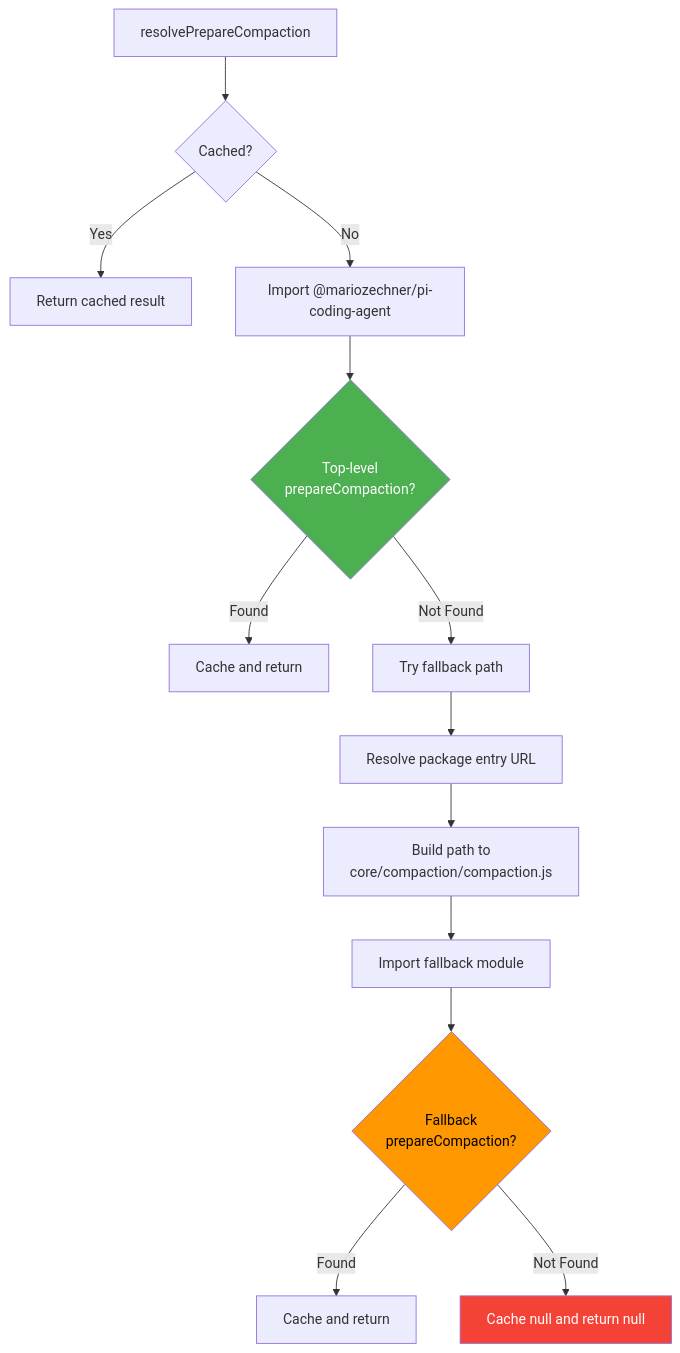
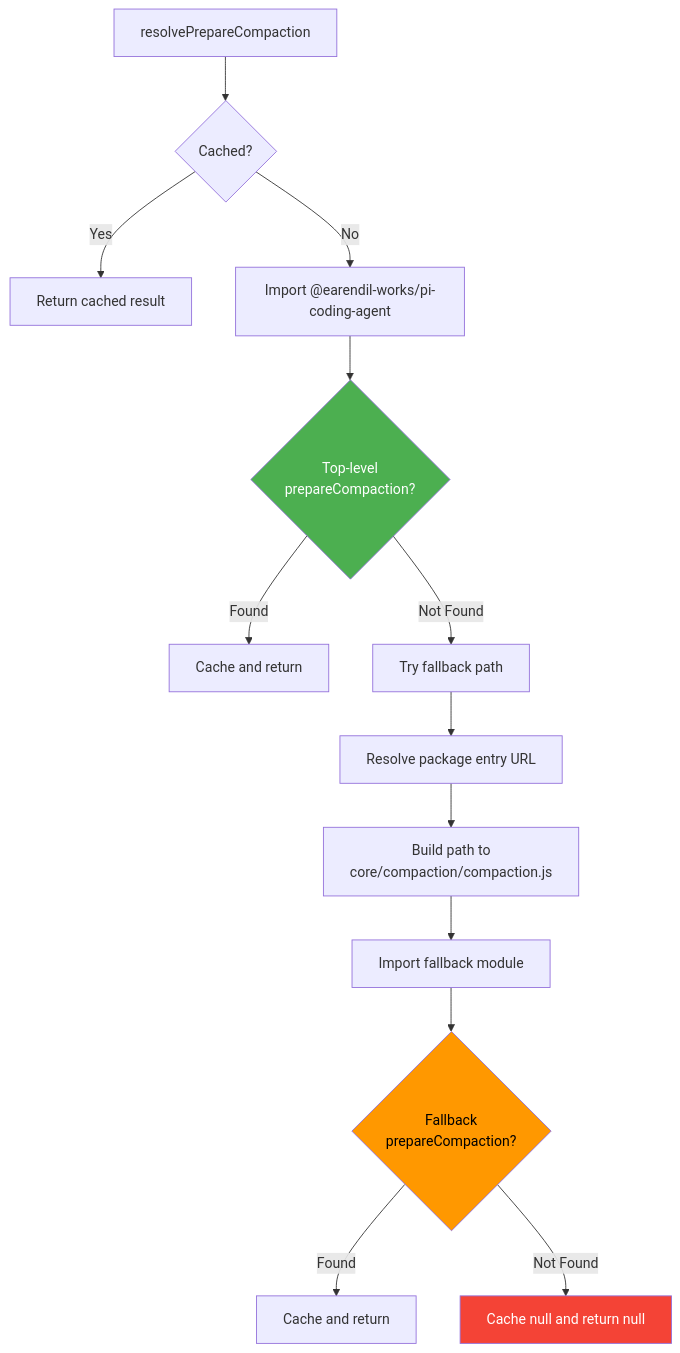
One commit to tryingET/pi-extensions changed the third of 4 diagrams in packages/pi-autonomous-session-control/docs/compaction-helpers.md. Above: the diagram before and after it, drawn with Mermaid. The commit also changed other lines of this file and 169 other files, not shown here.

````diff
--- a/packages/pi-autonomous-session-control/docs/compaction-helpers.md
+++ b/packages/pi-autonomous-session-control/docs/compaction-helpers.md
@@ -87,30 +87,30 @@
 ```mermaid
 flowchart TD
     Start[resolvePrepareCompaction] --> Cache{Cached?}
 
     Cache -->|Yes| ReturnCache[Return cached result]
 
-    Cache -->|No| Import[Import @mariozechner/pi-coding-agent]
+    Cache -->|No| Import[Import @earendil-works/pi-coding-agent]
 
     Import --> TopLevel{Top-level<br/>prepareCompaction?}
 
     TopLevel -->|Found| CacheTop[Cache and return]
 
     TopLevel -->|Not Found| Fallback[Try fallback path]
 
     Fallback --> ResolvePath[Resolve package entry URL]
 
     ResolvePath --> BuildPath[Build path to<br/>core/compaction/compaction.js]
 
     BuildPath --> ImportFallback[Import fallback module]
 
     ImportFallback --> FallbackCheck{Fallback<br/>prepareCompaction?}
 
     FallbackCheck -->|Found| CacheFallback[Cache and return]
 
     FallbackCheck -->|Not Found| CacheNull[Cache null and return null]
 
     style TopLevel fill:#4caf50,color:#fff
     style FallbackCheck fill:#ff9800,color:#000
     style CacheNull fill:#f44336,color:#fff
 ```
````
